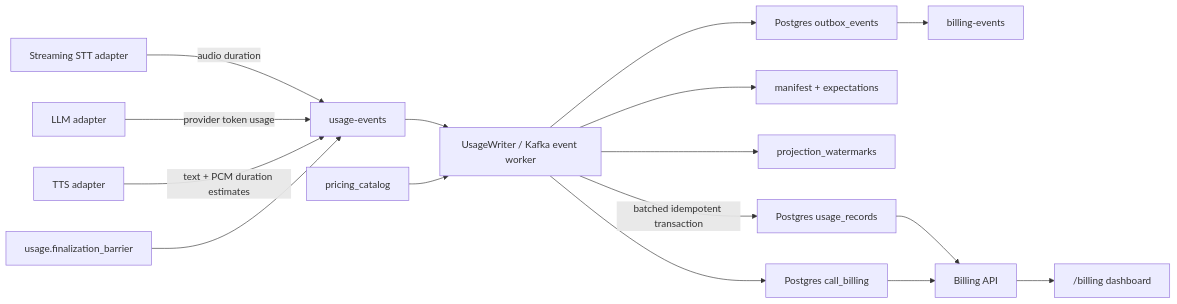
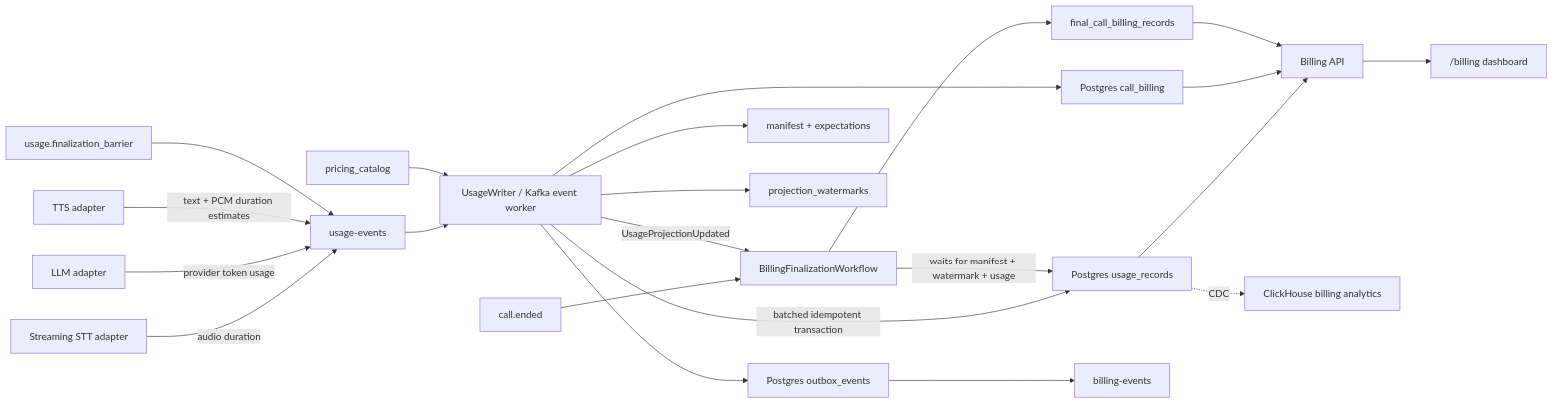
The diagram in docs/billing.md (sivagirish81/VoiceMesh), drawn with Mermaid before and after one commit. The commit also changed other lines of this file and 10 other files, not shown here.

Commit message:
docs: Revamp architecture and scaling docs

````diff
--- a/docs/billing.md
+++ b/docs/billing.md
@@ -9,18 +9,24 @@
 ```mermaid
 flowchart LR
     STT["Streaming STT adapter"] -->|"audio duration"| Usage["usage-events"]
     LLM["LLM adapter"] -->|"provider token usage"| Usage
     TTS["TTS adapter"] -->|"text + PCM duration estimates"| Usage
     Barrier["usage.finalization_barrier"] --> Usage
+    Ended["call.ended"] --> Temporal["BillingFinalizationWorkflow"]
     Usage --> Worker["UsageWriter / Kafka event worker"]
     Worker -->|"batched idempotent transaction"| Records["Postgres usage_records"]
     Worker --> Manifest["manifest + expectations"]
     Worker --> Watermark["projection_watermarks"]
+    Worker -->|"UsageProjectionUpdated"| Temporal
     Catalog["pricing_catalog"] --> Worker
     Worker --> Rollup["Postgres call_billing"]
     Worker --> Outbox["Postgres outbox_events"]
+    Temporal -->|"waits for manifest + watermark + usage"| Records
+    Temporal --> Final["final_call_billing_records"]
     Outbox --> BillingTopic["billing-events"]
     Records --> API["Billing API"]
     Rollup --> API
+    Final --> API
+    Records -. "CDC" .-> ClickHouse["ClickHouse billing analytics"]
     API --> Dashboard["/billing dashboard"]
 ```
````
